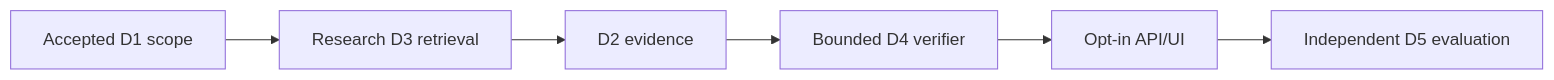
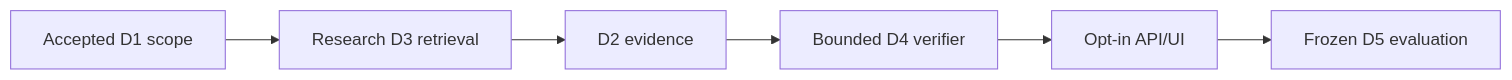
One commit to Doquocdung1609/tinyllama-fastapi changed the diagram in docs/topic3/milestone_d/autonomous_execution/09_FINAL_OWNER_REVIEW_PACKAGE.md. Above: the diagram before and after it, drawn with Mermaid. The commit also changed other lines of this file and 14 other files, not shown here.

````diff
--- a/docs/topic3/milestone_d/autonomous_execution/09_FINAL_OWNER_REVIEW_PACKAGE.md
+++ b/docs/topic3/milestone_d/autonomous_execution/09_FINAL_OWNER_REVIEW_PACKAGE.md
@@ -5,8 +5,8 @@
 ```mermaid
 flowchart LR
  D1[Accepted D1 scope] --> D3[Research D3 retrieval]
  D3 --> D2[D2 evidence]
  D2 --> D4[Bounded D4 verifier]
  D4 --> UI[Opt-in API/UI]
- UI --> D5[Independent D5 evaluation]
+ UI --> D5[Frozen D5 evaluation]
 ```
````
